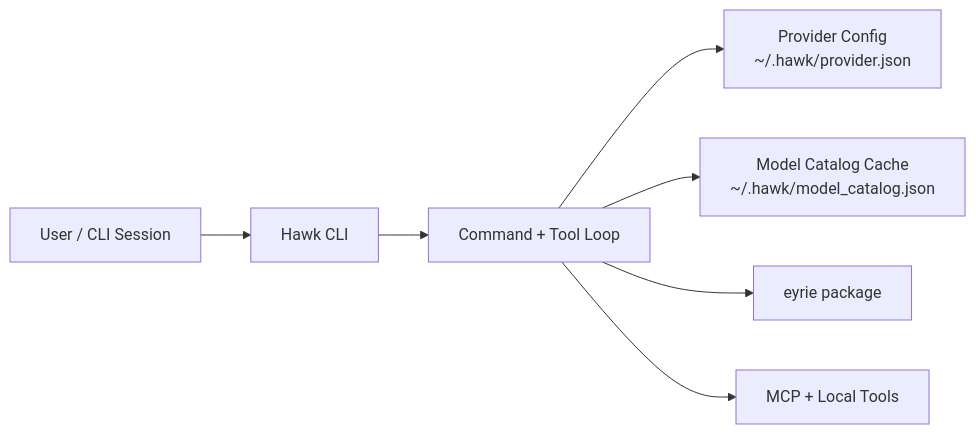
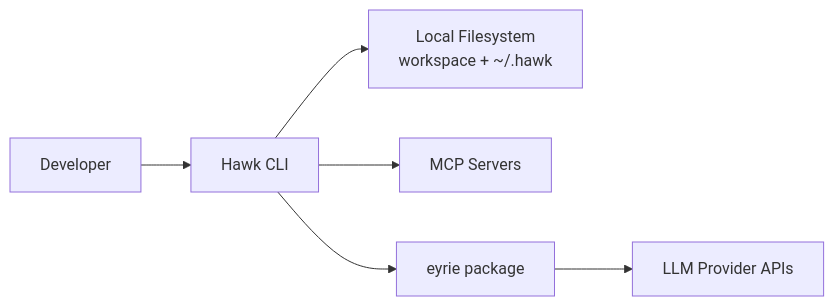
The first of 4 diagrams in ARCHITECTURE.md (GrayCodeAI/hawk), drawn with Mermaid before and after one commit. The commit also changed other lines of this file, not shown here.

Commit message:
docs: upgrade architecture to c4 and runtime flows

````diff
--- a/ARCHITECTURE.md
+++ b/ARCHITECTURE.md
@@ -5,9 +7,8 @@
 ```mermaid
 flowchart LR
-  U[User / CLI Session] --> H[Hawk CLI]
-  H --> C[Command + Tool Loop]
-  C --> CFG[Provider Config<br/>~/.hawk/provider.json]
-  C --> CAT[Model Catalog Cache<br/>~/.hawk/model_catalog.json]
-  C --> E["eyrie package"]
-  C --> MCP[MCP + Local Tools]
+  DEV[Developer] --> CLI[Hawk CLI]
+  CLI --> FS[Local Filesystem<br/>workspace + ~/.hawk]
+  CLI --> MCP[MCP Servers]
+  CLI --> E["eyrie package"]
+  E --> PROVIDERS[LLM Provider APIs]
 ```
````
